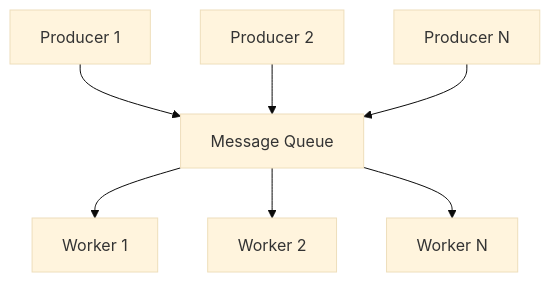
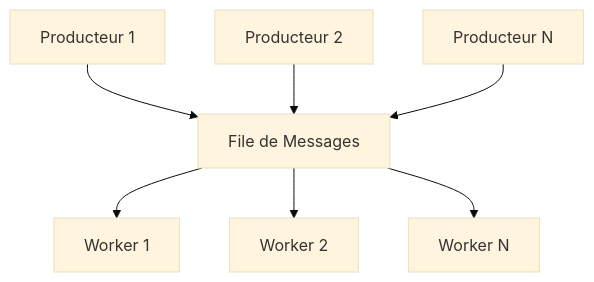
Before and after one commit to dardourimohamed/distributed-systems-course: the seventh of 7 diagrams in src/fundamentals/02-message-passing.md, drawn with Mermaid (base theme). The commit also changed other lines of this file and 38 other files, not shown here.

````diff
--- a/src/fundamentals/02-message-passing.md
+++ b/src/fundamentals/02-message-passing.md
@@ -149,10 +149,10 @@
 ```mermaid
 graph TB
-    P[Producer 1] --> Q[Message Queue]
-    P2[Producer 2] --> Q
-    P3[Producer N] --> Q
+    P[Producteur 1] --> Q[File de Messages]
+    P2[Producteur 2] --> Q
+    P3[Producteur N] --> Q
 
     Q --> W1[Worker 1]
     Q --> W2[Worker 2]
     Q --> W3[Worker N]
 ```
````
